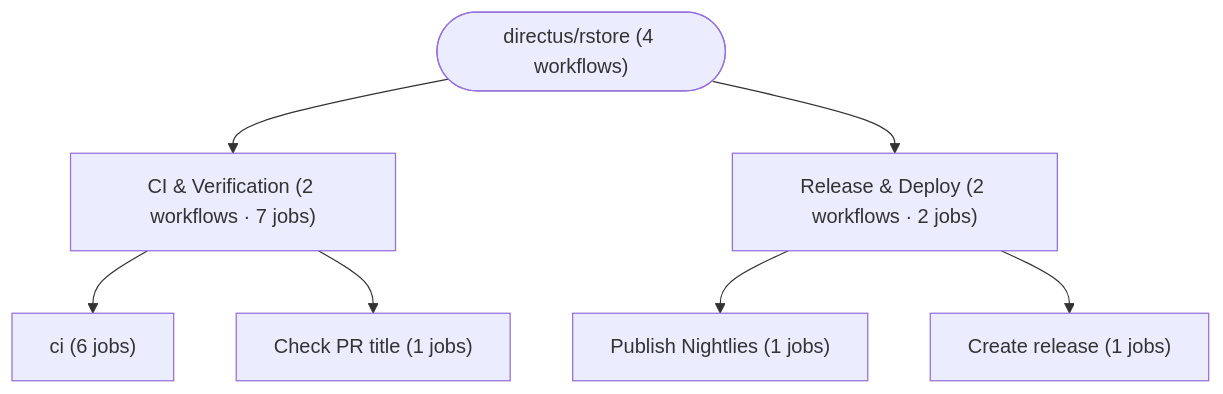
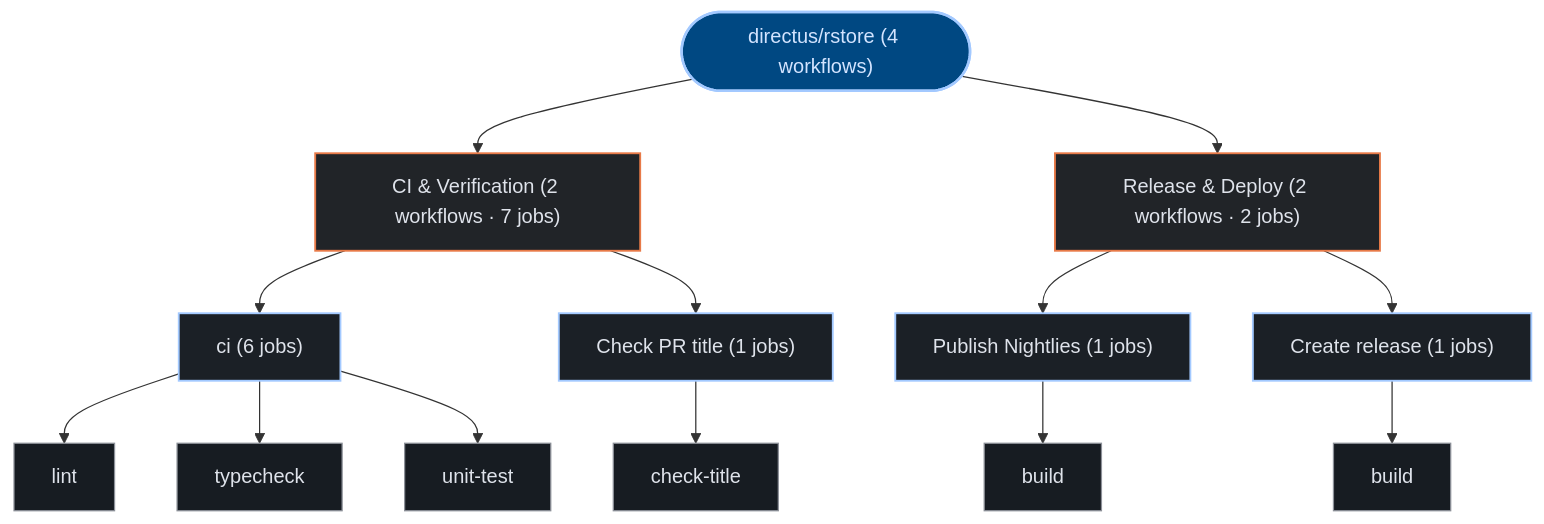
The third of 3 diagrams in exports/latest/reports/directus-rstore-report.md (kumarshaz/atruss-code-atlas), drawn with Mermaid before and after one commit. The commit also changed other lines of this file and 331 other files, not shown here.

Commit message:
docs,ui,fix: update SDLC docs, reorder CI/CD DAG first, stylize Mermaid, and fix Arc42 pipeline topology

````diff
--- a/exports/latest/reports/directus-rstore-report.md
+++ b/exports/latest/reports/directus-rstore-report.md
@@ -206,16 +217,35 @@
 ```mermaid
 graph TD;
-  pipeline_root(["directus/rstore (4 workflows)"])
-  grp_0_CI___Verification["CI & Verification (2 workflows · 7 jobs)"]
+  classDef atlasRoot fill:#004882,stroke:#a3c9ff,stroke-width:2px,color:#d3e4ff
+  classDef atlasCategory fill:#212428,stroke:#E87A48,stroke-width:1.5px,color:#dfe3eb
+  classDef atlasWorkflow fill:#1b2026,stroke:#a3c9ff,stroke-width:1.5px,color:#dfe3eb
+  classDef atlasJob fill:#171c22,stroke:#8d9199,stroke-width:1px,color:#dfe3eb
+  classDef atlasTarget fill:#005227,stroke:#8bd99b,stroke-width:1.5px,color:#a7f6b6
+  classDef atlasAlert fill:#93000a,stroke:#ffb4ab,stroke-width:1.5px,color:#ffdad6
+  classDef atlasMore fill:#252a31,stroke:#8d9199,stroke-dasharray:4 4,color:#c3c6cf
+  pipeline_root(["directus/rstore (4 workflows)"]):::atlasRoot
+  grp_0_CI___Verification["CI & Verification (2 workflows · 7 jobs)"]:::atlasCategory
   pipeline_root --> grp_0_CI___Verification
-  wf_0_ci["ci (6 jobs)"]
+  wf_0_ci["ci (6 jobs)"]:::atlasWorkflow
   grp_0_CI___Verification --> wf_0_ci
-  wf_2_Check_PR_title["Check PR title (1 jobs)"]
+  job_0_lint["lint"]:::atlasJob
+  job_0_typecheck["typecheck"]:::atlasJob
+  job_0_unit_test["unit-test"]:::atlasJob
+  wf_0_ci --> job_0_lint
+  wf_0_ci --> job_0_typecheck
+  wf_0_ci --> job_0_unit_test
+  wf_2_Check_PR_title["Check PR title (1 jobs)"]:::atlasWorkflow
   grp_0_CI___Verification --> wf_2_Check_PR_title
-  grp_1_Release___Deploy["Release & Deploy (2 workflows · 2 jobs)"]
+  job_2_check_title["check-title"]:::atlasJob
+  wf_2_Check_PR_title --> job_2_check_title
+  grp_1_Release___Deploy["Release & Deploy (2 workflows · 2 jobs)"]:::atlasCategory
   pipeline_root --> grp_1_Release___Deploy
-  wf_1_Publish_Nightlies["Publish Nightlies (1 jobs)"]
+  wf_1_Publish_Nightlies["Publish Nightlies (1 jobs)"]:::atlasWorkflow
   grp_1_Release___Deploy --> wf_1_Publish_Nightlies
-  wf_3_Create_release["Create release (1 jobs)"]
+  job_1_build["build"]:::atlasJob
+  wf_1_Publish_Nightlies --> job_1_build
+  wf_3_Create_release["Create release (1 jobs)"]:::atlasWorkflow
   grp_1_Release___Deploy --> wf_3_Create_release
+  job_3_build["build"]:::atlasJob
+  wf_3_Create_release --> job_3_build
 ```
````
